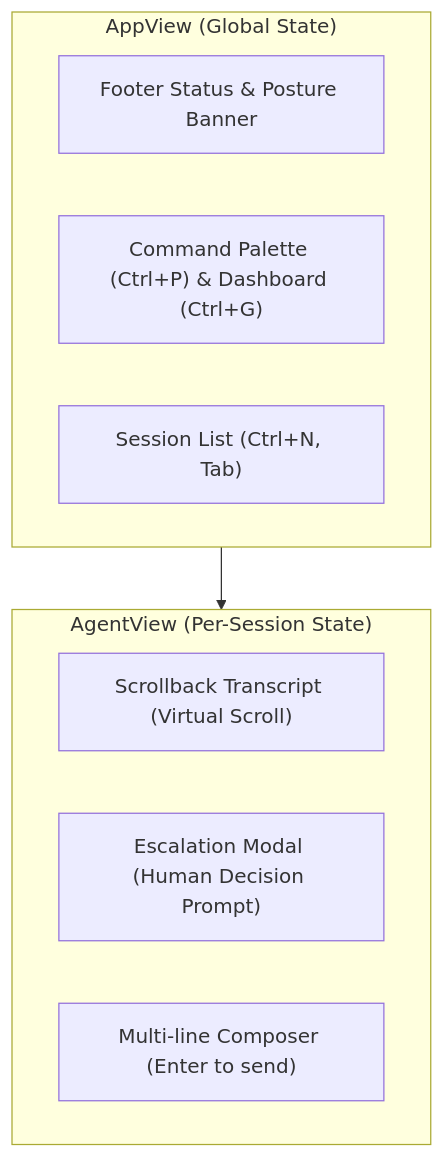
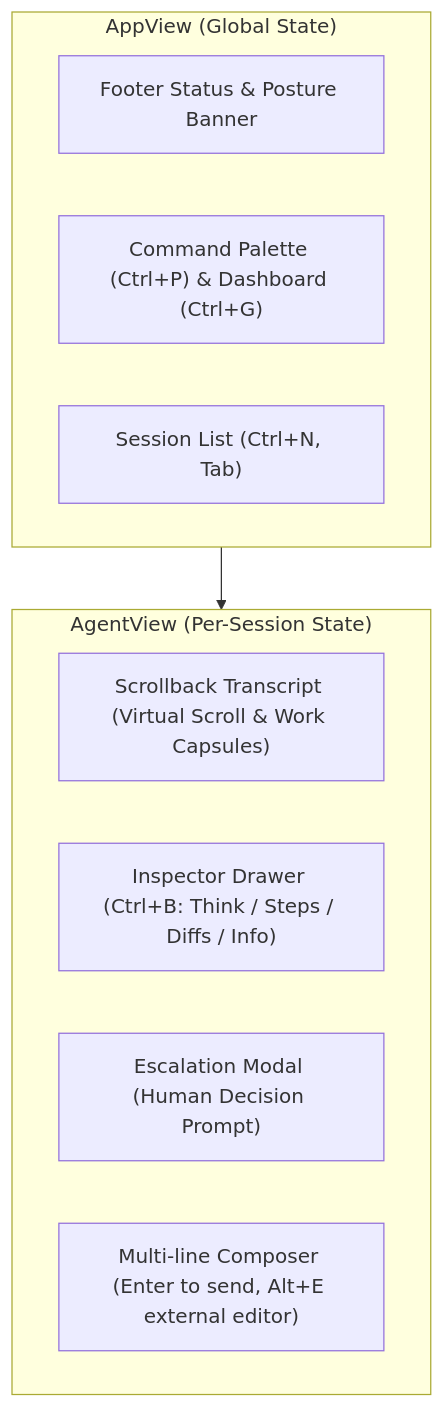
Before and after one commit to bharathvbcr/Manvi: the third of 7 diagrams in docs/TUI_AND_EVENT_SUBSYSTEM.md, drawn with Mermaid. The commit also changed other lines of this file and 6 other files, not shown here.

Commit message:
tui: add external editor composition and document adaptive workbench

````diff
--- a/docs/TUI_AND_EVENT_SUBSYSTEM.md
+++ b/docs/TUI_AND_EVENT_SUBSYSTEM.md
@@ -230,16 +230,17 @@
 ```mermaid
 flowchart TB
     subgraph AppView["AppView (Global State)"]
         GlobalStatus["Footer Status & Posture Banner"]
         GlobalShortcuts["Command Palette (Ctrl+P) & Dashboard (Ctrl+G)"]
         SessionTabs["Session List (Ctrl+N, Tab)"]
     end
 
     subgraph AgentView["AgentView (Per-Session State)"]
-        Transcript["Scrollback Transcript (Virtual Scroll)"]
+        Transcript["Scrollback Transcript (Virtual Scroll & Work Capsules)"]
+        Inspector["Inspector Drawer (Ctrl+B: Think / Steps / Diffs / Info)"]
         ApprovalModal["Escalation Modal (Human Decision Prompt)"]
-        PromptEditor["Multi-line Composer (Enter to send)"]
+        PromptEditor["Multi-line Composer (Enter to send, Alt+E external editor)"]
     end
 
     AppView --> AgentView
 ```
````
